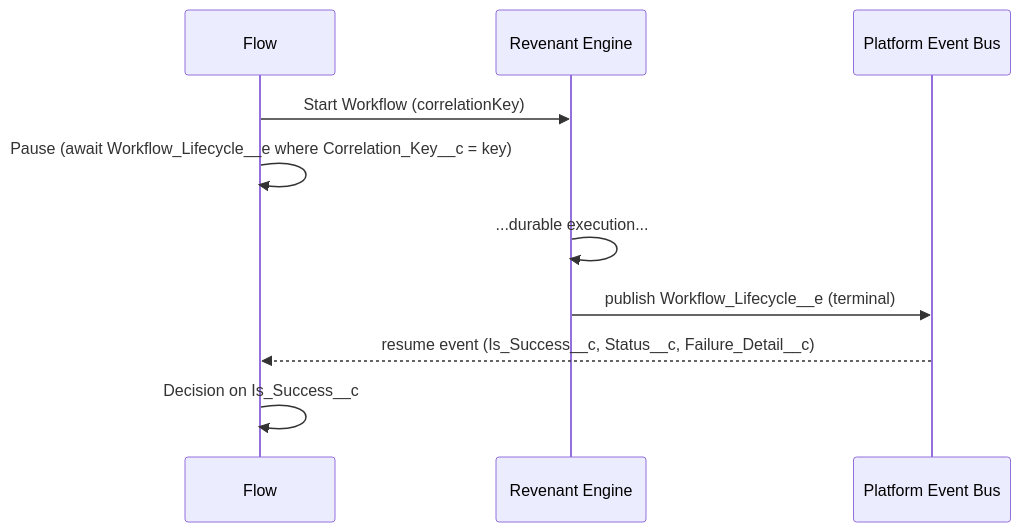
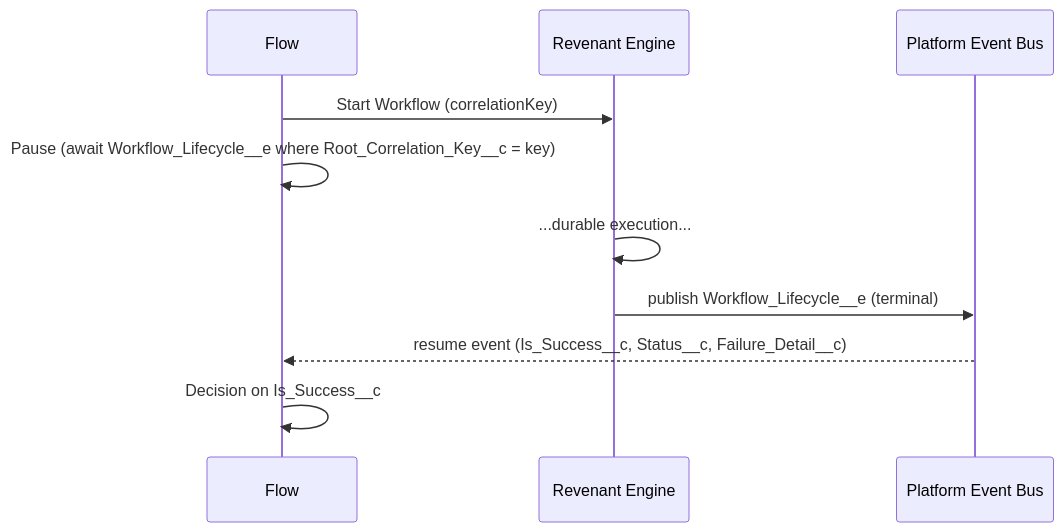
One commit to madmax983/revenant changed the diagram in docs/workflow-lifecycle-event.md. Above: the diagram before and after it, drawn with Mermaid.

Commit message:
Match closed-loop diagram to the root-key recipe
The sequence diagram told Flow builders to pause on Correlation_Key__c, which
contradicts the recipe text directly above it. For continue-as-new workflows
the only terminal event comes from the final successor, whose Correlation_Key__c
has been rewritten (e.g. myKey_run3), so a Flow launched on the original key
would never resume. Pause on Root_Correlation_Key__c, matching the actual
configuration steps.

https://claude.ai/code/session_01SYVKYF47JtQTm4s4M6o5Kj

````diff
--- a/docs/workflow-lifecycle-event.md
+++ b/docs/workflow-lifecycle-event.md
@@ -135,12 +135,12 @@
 ```mermaid
 sequenceDiagram
     participant Flow
     participant Engine as Revenant Engine
     participant Bus as Platform Event Bus
     Flow->>Engine: Start Workflow (correlationKey)
-    Flow->>Flow: Pause (await Workflow_Lifecycle__e where Correlation_Key__c = key)
+    Flow->>Flow: Pause (await Workflow_Lifecycle__e where Root_Correlation_Key__c = key)
     Engine->>Engine: ...durable execution...
     Engine->>Bus: publish Workflow_Lifecycle__e (terminal)
     Bus-->>Flow: resume event (Is_Success__c, Status__c, Failure_Detail__c)
     Flow->>Flow: Decision on Is_Success__c
 ```
````
